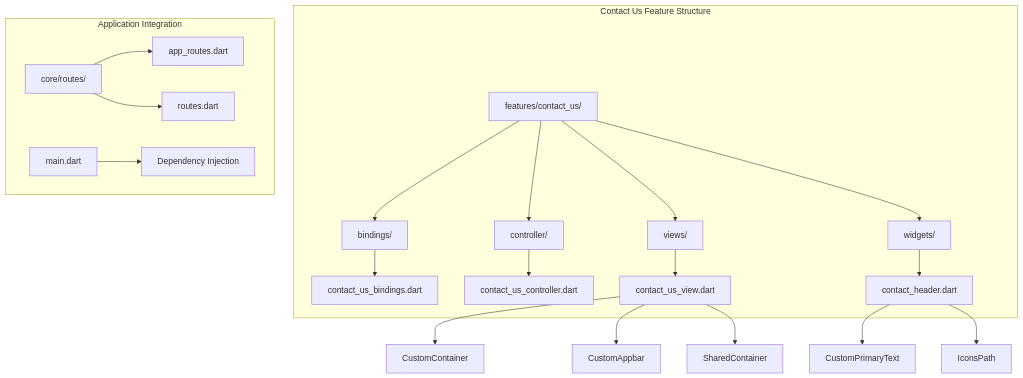
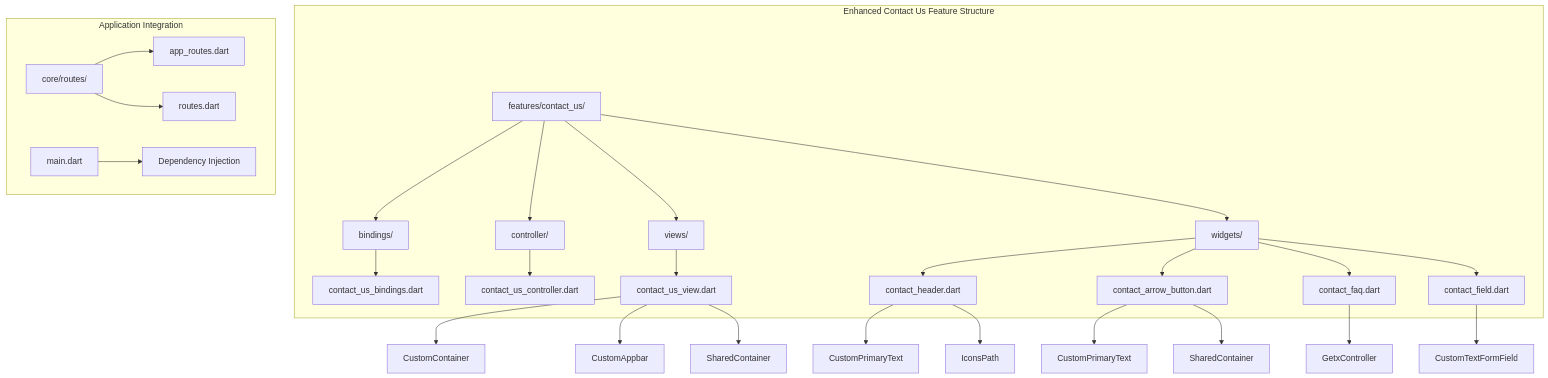
One commit to Ariful3111/FurniGo changed the first of 11 diagrams in .qoder/repowiki/en/content/Core Features/Support and Communication/Contact Us Feature.md. Above: the diagram before and after it, drawn with Mermaid. The commit also changed other lines of this file and 10 other files, not shown here.

````diff
--- a/.qoder/repowiki/en/content/Core Features/Support and Communication/Contact Us Feature.md
+++ b/.qoder/repowiki/en/content/Core Features/Support and Communication/Contact Us Feature.md
@@ -36,23 +48,30 @@
 ```mermaid
 graph TB
-subgraph "Contact Us Feature Structure"
+subgraph "Enhanced Contact Us Feature Structure"
 A[features/contact_us/] --> B[bindings/]
 A --> C[controller/]
 A --> D[views/]
 A --> E[widgets/]
 B --> F[contact_us_bindings.dart]
 C --> G[contact_us_controller.dart]
 D --> H[contact_us_view.dart]
 E --> I[contact_header.dart]
+E --> J[contact_arrow_button.dart]
+E --> K[contact_faq.dart]
+E --> L[contact_field.dart]
 end
 subgraph "Application Integration"
-J[core/routes/] --> K[app_routes.dart]
-J --> L[routes.dart]
-M[main.dart] --> N[Dependency Injection]
+M[core/routes/] --> N[app_routes.dart]
+M --> O[routes.dart]
+P[main.dart] --> Q[Dependency Injection]
 end
-H --> O[CustomContainer]
-H --> P[CustomAppbar]
-H --> Q[SharedContainer]
-I --> R[CustomPrimaryText]
-I --> S[IconsPath]
+H --> R[CustomContainer]
+H --> S[CustomAppbar]
+H --> T[SharedContainer]
+I --> U[CustomPrimaryText]
+I --> V[IconsPath]
+J --> W[CustomPrimaryText]
+J --> X[SharedContainer]
+K --> Y[GetxController]
+L --> Z[CustomTextFormField]
 ```
````
